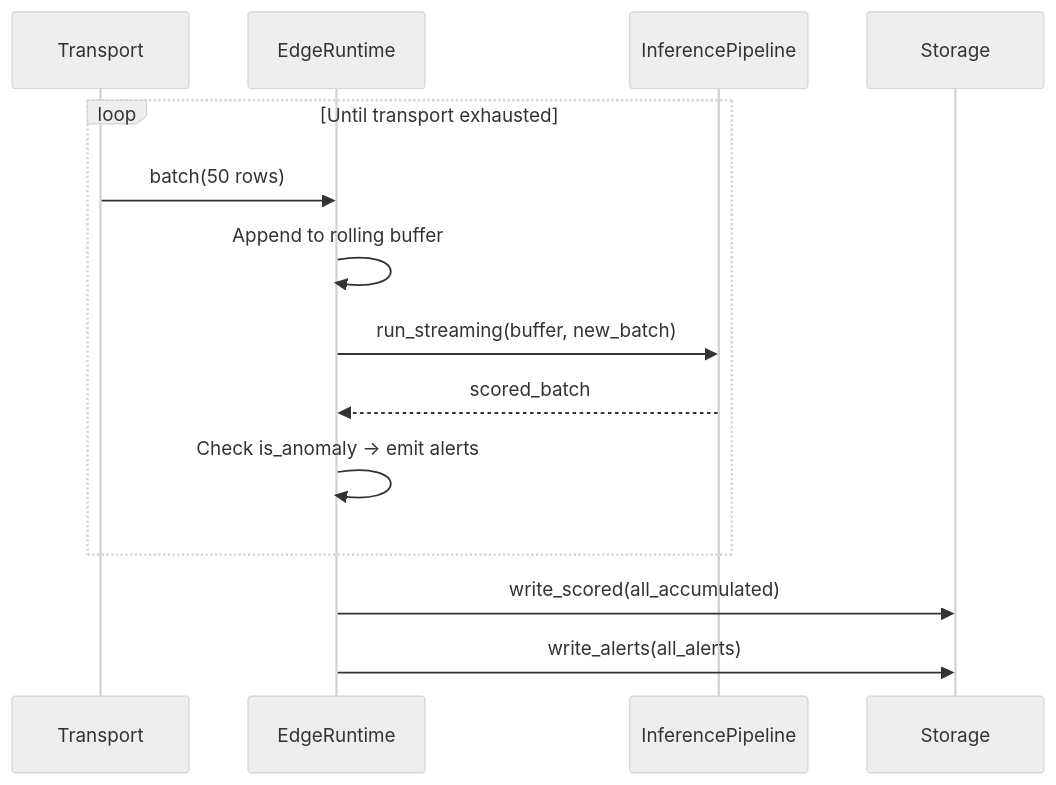
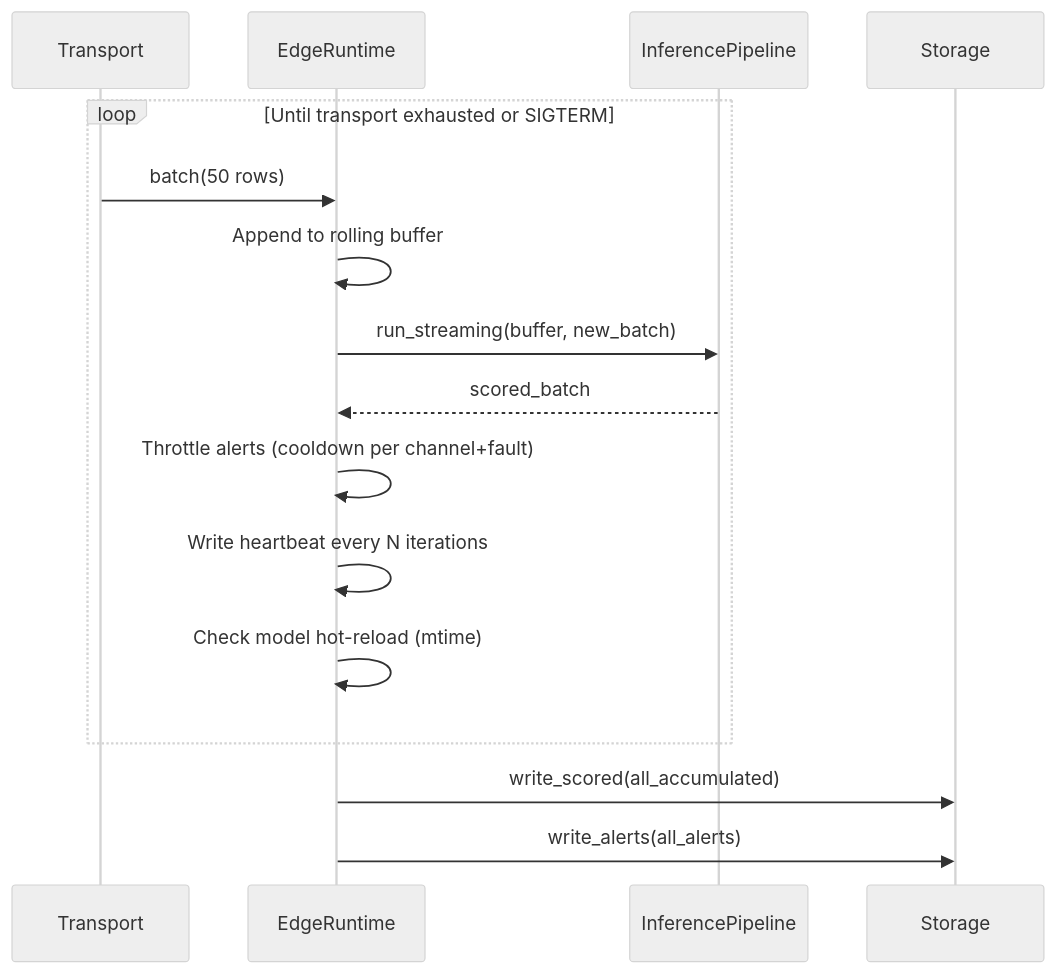
The third of 4 diagrams in docs/01_architecture.md (jayaprakash87/vehicle-intelligence-platform), drawn with Mermaid (neutral theme) before and after one commit. The commit also changed other lines of this file and 3 other files, not shown here.

````diff
--- a/docs/01_architecture.md
+++ b/docs/01_architecture.md
@@ -73,17 +99,19 @@
 ```mermaid
 sequenceDiagram
     participant Transport
     participant EdgeRuntime
     participant InferencePipeline
     participant Storage
 
-    loop Until transport exhausted
+    loop Until transport exhausted or SIGTERM
         Transport->>EdgeRuntime: batch(50 rows)
         EdgeRuntime->>EdgeRuntime: Append to rolling buffer
         EdgeRuntime->>InferencePipeline: run_streaming(buffer, new_batch)
         InferencePipeline-->>EdgeRuntime: scored_batch
-        EdgeRuntime->>EdgeRuntime: Check is_anomaly → emit alerts
+        EdgeRuntime->>EdgeRuntime: Throttle alerts (cooldown per channel+fault)
+        EdgeRuntime->>EdgeRuntime: Write heartbeat every N iterations
+        EdgeRuntime->>EdgeRuntime: Check model hot-reload (mtime)
     end
     EdgeRuntime->>Storage: write_scored(all_accumulated)
     EdgeRuntime->>Storage: write_alerts(all_alerts)
 ```
````
